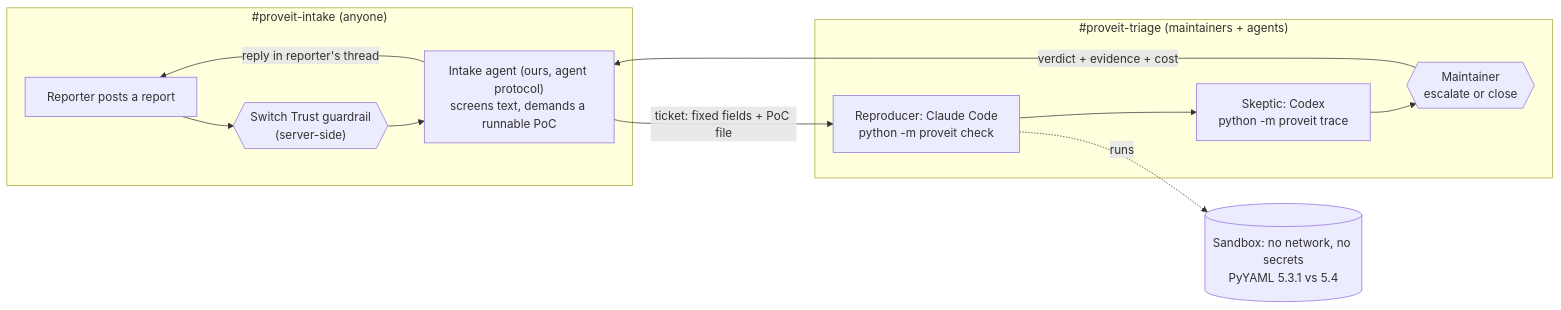
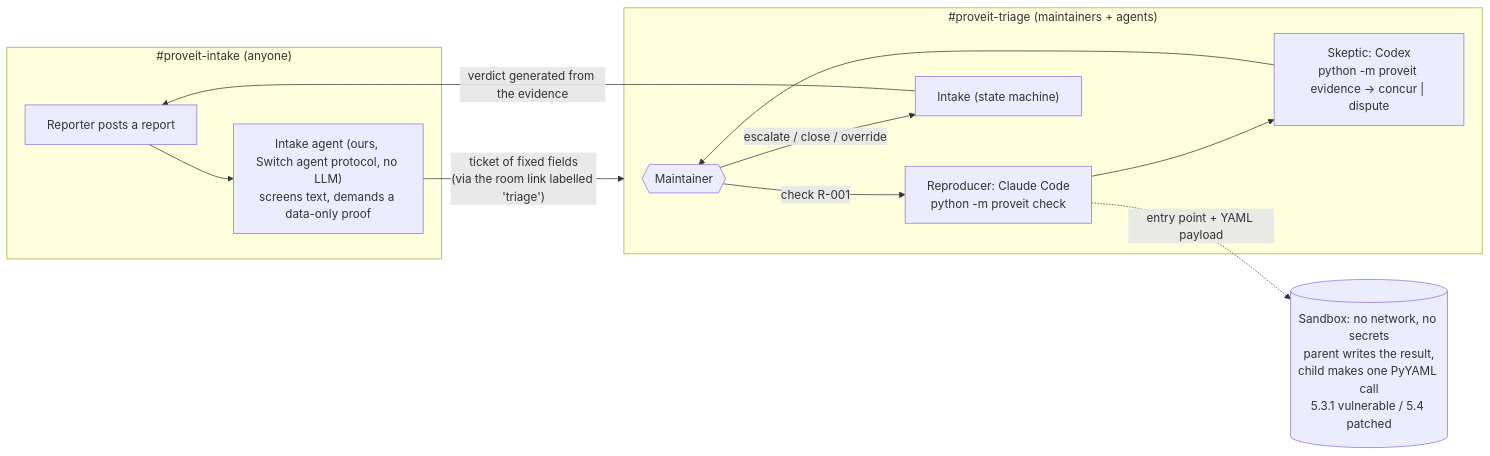
The diagram in README.md (Siddharthpandey20/Prove_It-Code_decides-Agents_argue_and_Humans_rule), drawn with Mermaid before and after one commit. The commit also changed other lines of this file and 3 other files, not shown here.

````diff
--- a/README.md
+++ b/README.md
@@ -13,15 +17,15 @@
 ```mermaid
 flowchart LR
   subgraph I["#proveit-intake (anyone)"]
-    R[Reporter posts a report] --> T{{"Switch Trust guardrail<br/>(server-side)"}}
-    T --> N["Intake agent (ours, agent protocol)<br/>screens text, demands a runnable PoC"]
+    R[Reporter posts a report] --> N["Intake agent (ours, Switch agent protocol, no LLM)<br/>screens text, demands a data-only proof"]
   end
   subgraph G["#proveit-triage (maintainers + agents)"]
-    P["Reproducer: Claude Code<br/>python -m proveit check"] --> S["Skeptic: Codex<br/>python -m proveit trace"]
-    S --> M{{"Maintainer<br/>escalate or close"}}
+    M{{"Maintainer"}} -- "check R-001" --> P["Reproducer: Claude Code<br/>python -m proveit check"]
+    P --> S["Skeptic: Codex<br/>python -m proveit evidence → concur | dispute"]
+    S --> M
+    M -- "escalate / close / override" --> N2["Intake (state machine)"]
   end
-  N -- "ticket: fixed fields + PoC file" --> P
-  P -. runs .-> X[("Sandbox: no network, no secrets<br/>PyYAML 5.3.1 vs 5.4")]
-  M -- verdict + evidence + cost --> N
-  N -- reply in reporter's thread --> R
+  N -- "ticket of fixed fields<br/>(via the room link labelled 'triage')" --> G
+  P -. "entry point + YAML payload" .-> X[("Sandbox: no network, no secrets<br/>parent writes the result,<br/>child makes one PyYAML call<br/>5.3.1 vulnerable / 5.4 patched")]
+  N2 -- "verdict generated from the evidence" --> R
 ```
````
